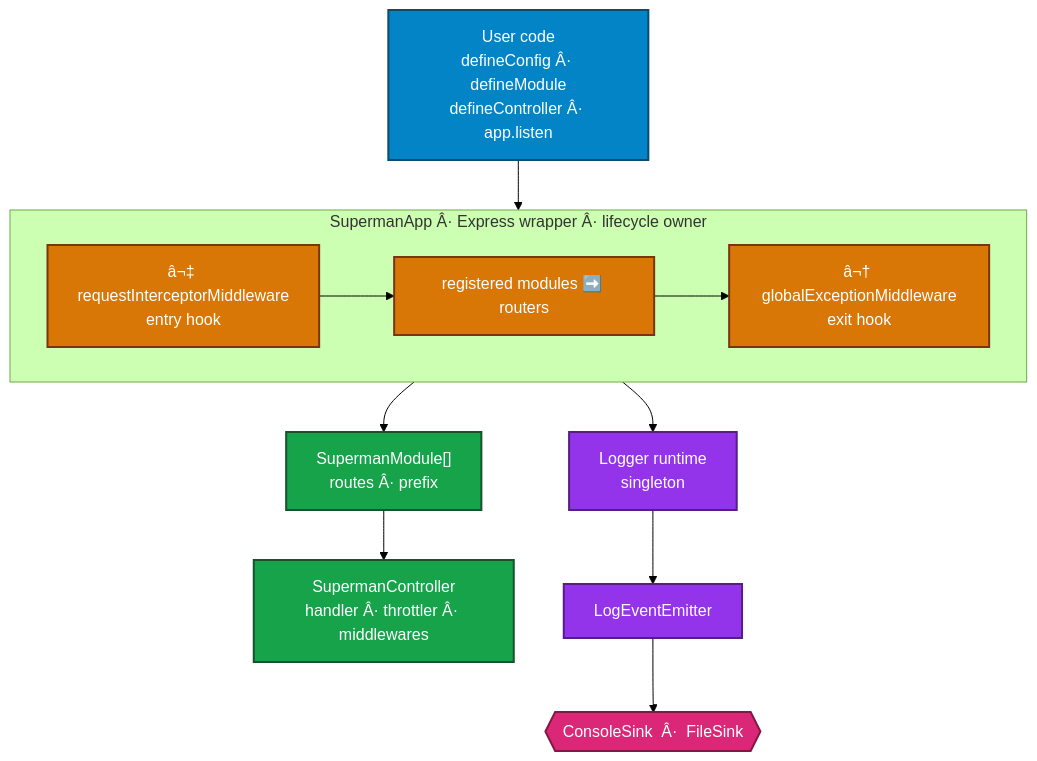
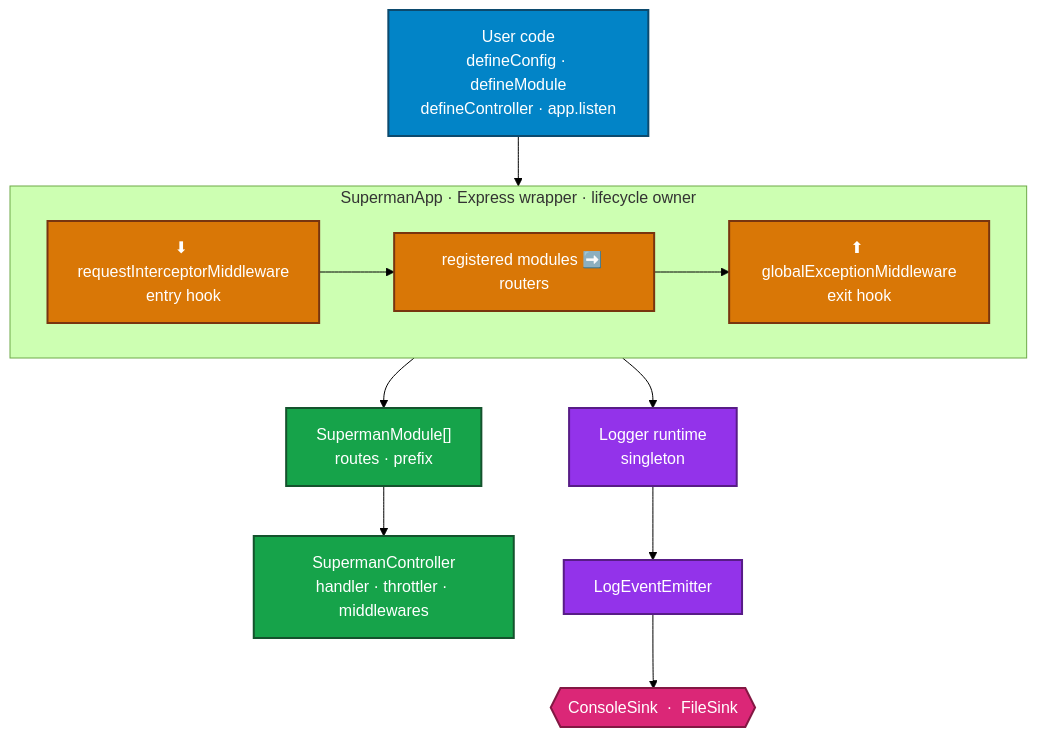
Before and after one commit to euFerro/superman: the first of 4 diagrams in docs/architecture.md, drawn with Mermaid (forest theme). The commit also changed other lines of this file and 42 other files, not shown here.

````diff
--- a/docs/architecture.md
+++ b/docs/architecture.md
@@ -9,35 +9,35 @@
 ```mermaid
 flowchart TD
-    User["User code<br/>defineConfig Â· defineModule<br/>defineController Â· app.listen"]
+    User["User code<br/>defineConfig · defineModule<br/>defineController · app.listen"]
 
-    subgraph App["SupermanApp Â· Express wrapper Â· lifecycle owner"]
+    subgraph App["SupermanApp · Express wrapper · lifecycle owner"]
         direction LR
-        Entry["â¬‡ requestInterceptorMiddleware<br/>entry hook"]
+        Entry["⬇ requestInterceptorMiddleware<br/>entry hook"]
         Routes["registered modules ➡️ routers"]
-        Exit["â¬† globalExceptionMiddleware<br/>exit hook"]
+        Exit["⬆ globalExceptionMiddleware<br/>exit hook"]
         Entry --> Routes --> Exit
     end
 
-    Modules["SupermanModule[]<br/>routes Â· prefix"]
-    Controller["SupermanController<br/>handler Â· throttler Â· middlewares"]
+    Modules["SupermanModule[]<br/>routes · prefix"]
+    Controller["SupermanController<br/>handler · throttler · middlewares"]
 
     Runtime["Logger runtime<br/>singleton"]
     Emitter["LogEventEmitter"]
-    Sinks{{"ConsoleSink &nbsp;Â·&nbsp; FileSink"}}
+    Sinks{{"ConsoleSink &nbsp;·&nbsp; FileSink"}}
 
     User --> App
     App --> Modules --> Controller
     App --> Runtime --> Emitter --> Sinks
 
     classDef user fill:#0284c7,stroke:#0c4a6e,stroke-width:2px,color:#ffffff
     classDef app fill:#d97706,stroke:#78350f,stroke-width:2px,color:#ffffff
     classDef core fill:#16a34a,stroke:#14532d,stroke-width:2px,color:#ffffff
     classDef logger fill:#9333ea,stroke:#581c87,stroke-width:2px,color:#ffffff
     classDef sinks fill:#db2777,stroke:#831843,stroke-width:2px,color:#ffffff
 
     class User user
     class Entry,Routes,Exit app
     class Modules,Controller core
     class Runtime,Emitter logger
     class Sinks sinks
 ```
````
